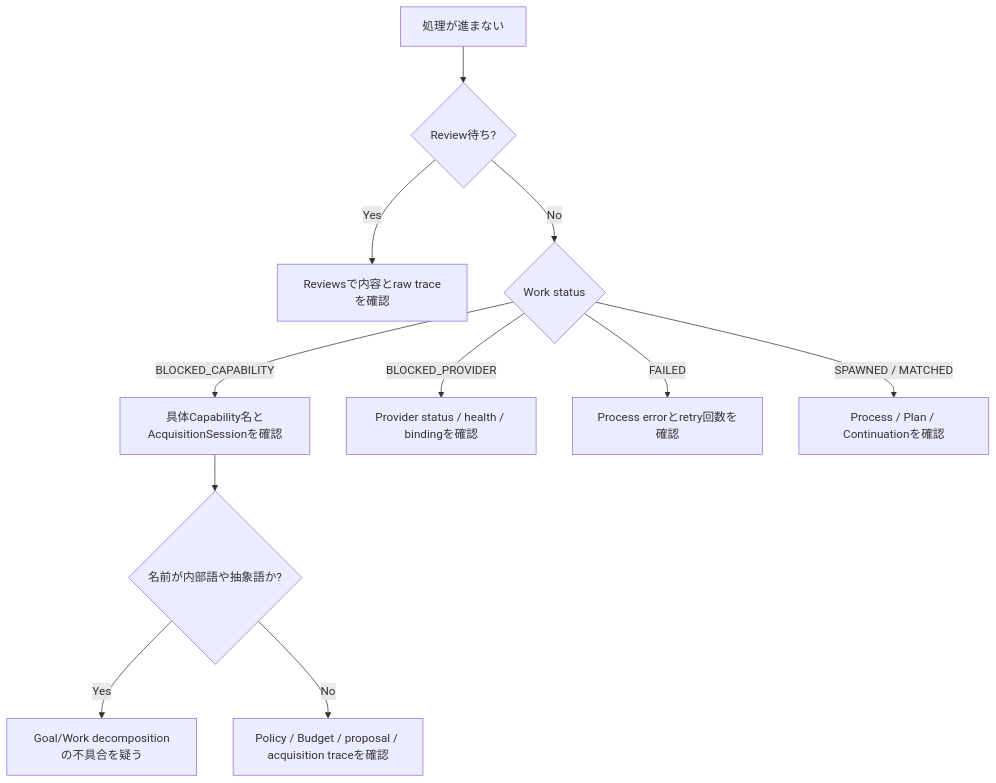
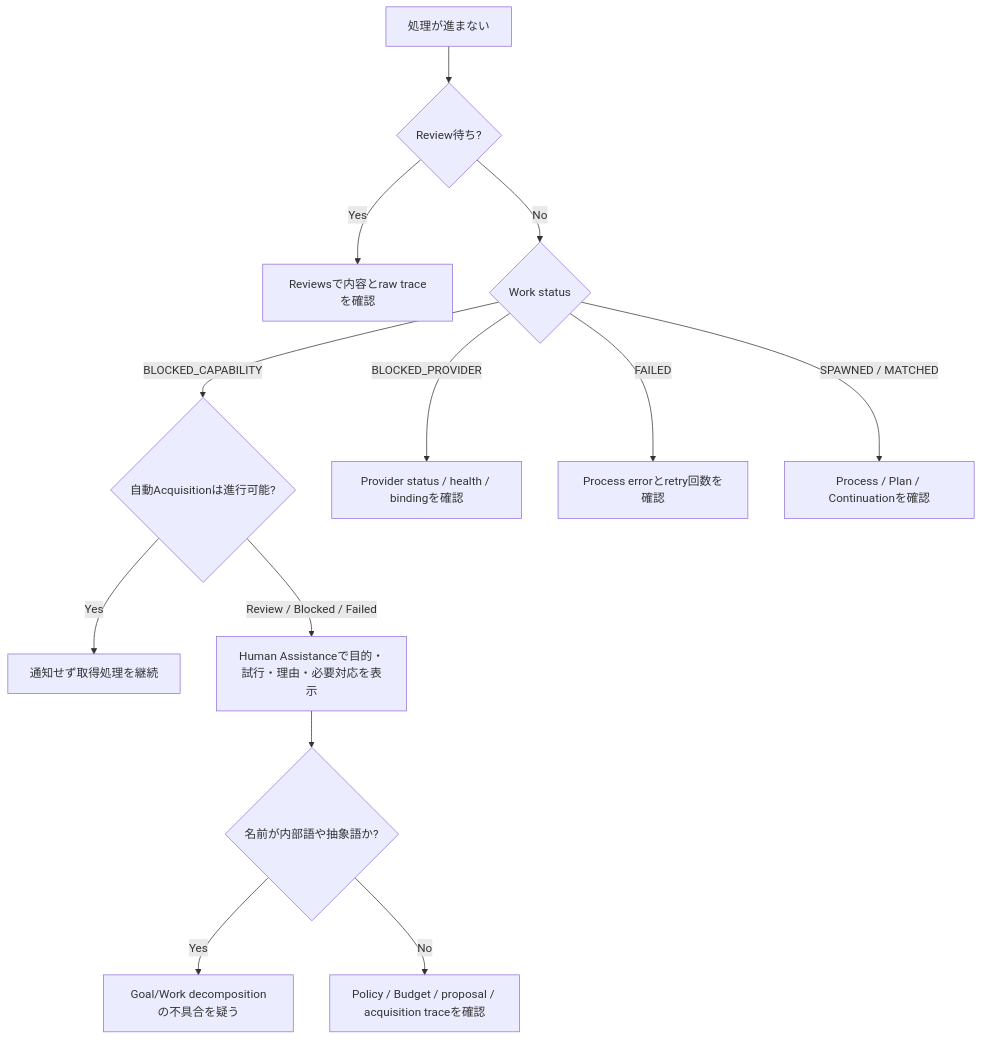
The ninth of 9 diagrams in docs/system-overview.ja.md (miyokichi/nexus_seed), drawn with Mermaid before and after one commit. The commit also changed other lines of this file and 7 other files, not shown here.

````diff
--- a/docs/system-overview.ja.md
+++ b/docs/system-overview.ja.md
@@ -358,13 +359,15 @@
 ```mermaid
 flowchart TD
     Problem[処理が進まない] --> Review{Review待ち?}
     Review -->|Yes| Approve[Reviewsで内容とraw traceを確認]
     Review -->|No| WorkState{Work status}
-    WorkState -->|BLOCKED_CAPABILITY| Gap[具体Capability名とAcquisitionSessionを確認]
+    WorkState -->|BLOCKED_CAPABILITY| Auto{自動Acquisitionは進行可能?}
+    Auto -->|Yes| Wait[通知せず取得処理を継続]
+    Auto -->|Review / Blocked / Failed| Gap[Human Assistanceで目的・試行・理由・必要対応を表示]
     WorkState -->|BLOCKED_PROVIDER| Prov[Provider status / health / bindingを確認]
     WorkState -->|FAILED| Proc[Process errorとretry回数を確認]
     WorkState -->|SPAWNED / MATCHED| Run[Process / Plan / Continuationを確認]
     Gap --> Generic{名前が内部語や抽象語か?}
     Generic -->|Yes| Decomp[Goal/Work decompositionの不具合を疑う]
     Generic -->|No| Policy[Policy / Budget / proposal / acquisition traceを確認]
 ```
````
